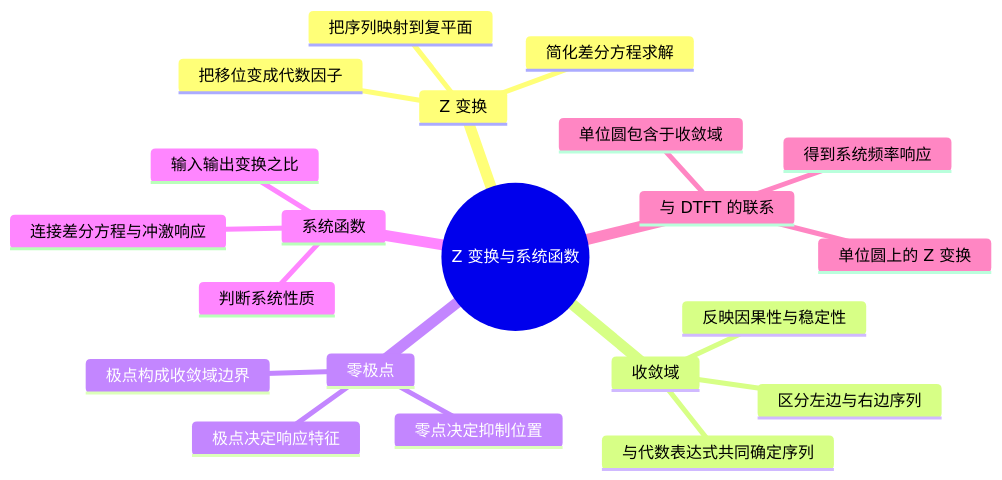
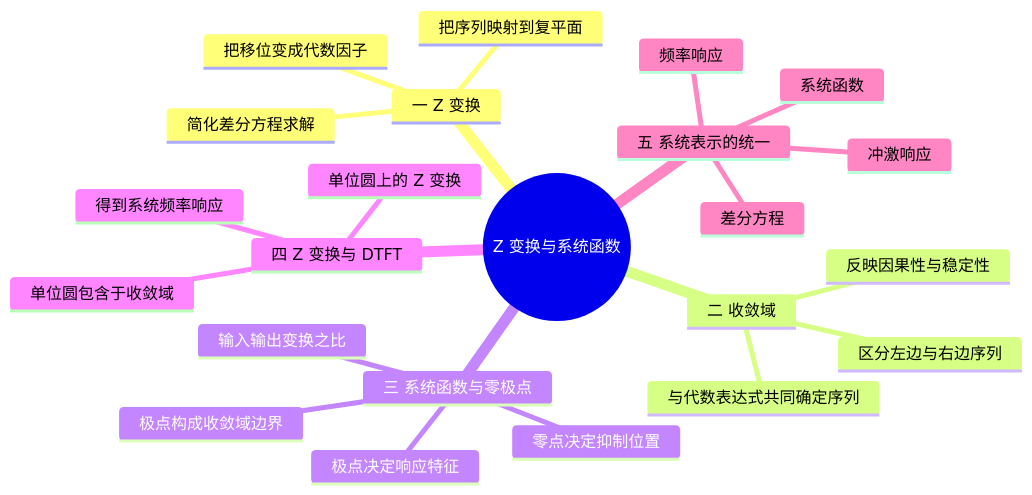
The diagram in 学习/学校课程/数字信号处理（3学分）/06 第6课 Z变换、收敛域与系统函数.md (3280441136-lab/My_Obsidian_Notes), drawn with Mermaid before and after one commit. The commit also changed 11 other files, not shown here.

````diff
--- a/学习/学校课程/数字信号处理（3学分）/06 第6课 Z变换、收敛域与系统函数.md
+++ b/学习/学校课程/数字信号处理（3学分）/06 第6课 Z变换、收敛域与系统函数.md
@@ -5,24 +5,26 @@
 ```mermaid
 mindmap
   root((Z 变换与系统函数))
-    Z 变换
+    一 Z 变换
       把序列映射到复平面
       把移位变成代数因子
       简化差分方程求解
-    收敛域
+    二 收敛域
       与代数表达式共同确定序列
       区分左边与右边序列
       反映因果性与稳定性
-    零极点
+    三 系统函数与零极点
+      输入输出变换之比
       零点决定抑制位置
       极点决定响应特征
       极点构成收敛域边界
-    系统函数
-      输入输出变换之比
-      连接差分方程与冲激响应
-      判断系统性质
-    与 DTFT 的联系
+    四 Z 变换与 DTFT
       单位圆上的 Z 变换
       单位圆包含于收敛域
       得到系统频率响应
+    五 系统表示的统一
+      差分方程
+      冲激响应
+      系统函数
+      频率响应
 ```
````
